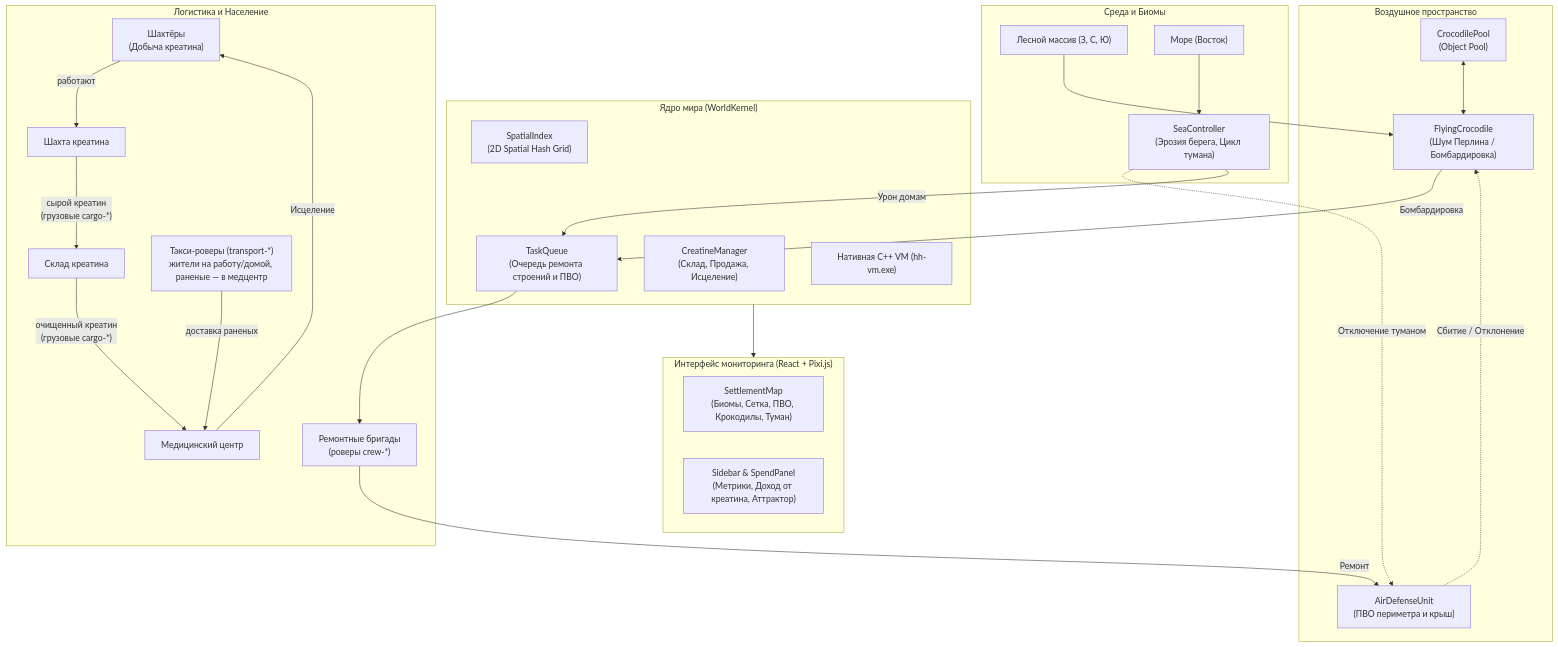
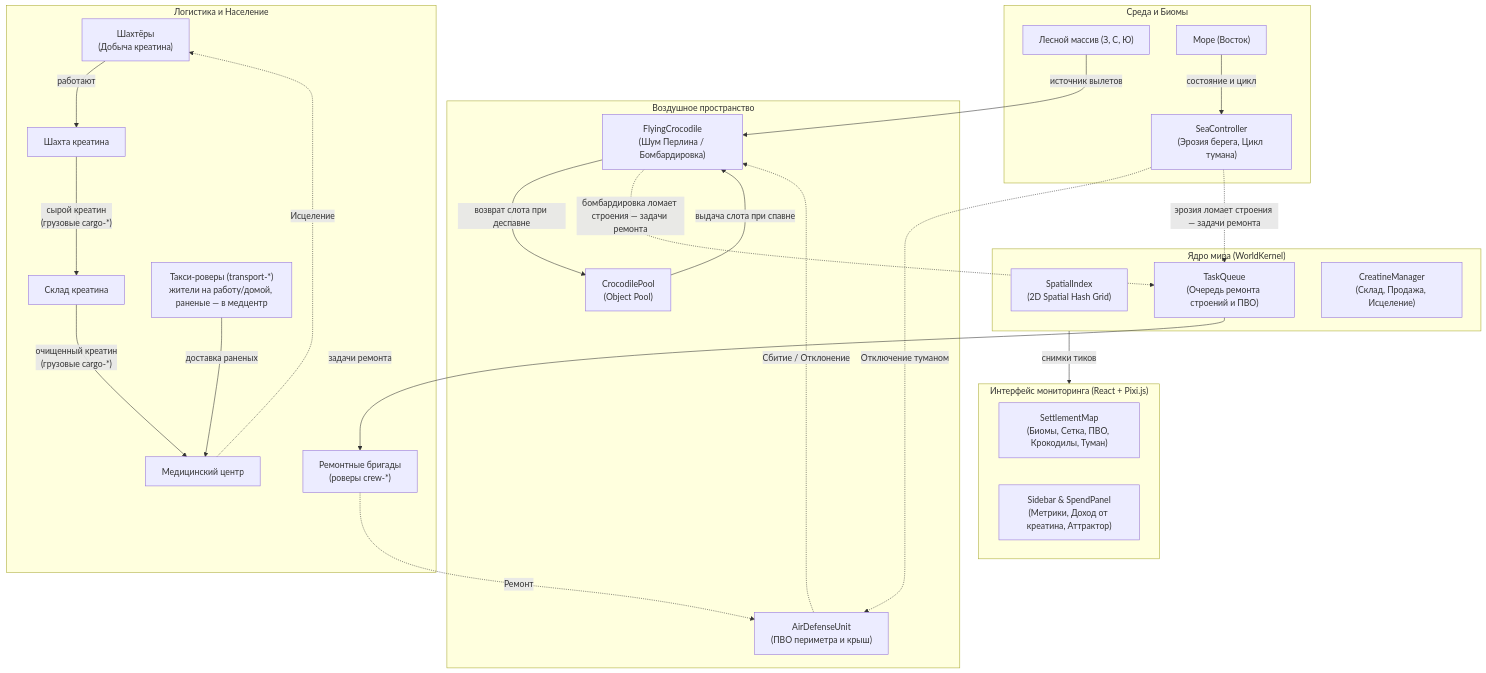
Before and after one commit to FeToR1/hadleys-hope-simulator: the third of 3 diagrams in docs/architecture.md, drawn with Mermaid.

Commit message:
docs(architecture): 2.2 — подписанные типы связей, пунктир для воздействий, без висячих узлов

````diff
--- a/docs/architecture.md
+++ b/docs/architecture.md
@@ -91,51 +91,51 @@
 ```mermaid
 flowchart TD
     subgraph Environment ["Среда и Биомы"]
         Forest["Лесной массив (З, С, Ю)"]
         Sea["Море (Восток)"]
         SeaCtrl["SeaController\n(Эрозия берега, Цикл тумана)"]
-        Sea --> SeaCtrl
+        Sea -->|"состояние и цикл"| SeaCtrl
     end
 
     subgraph DefenseAndThreatsSub ["Воздушное пространство"]
         CrocPool["CrocodilePool\n(Object Pool)"]
         Crocs["FlyingCrocodile\n(Шум Перлина / Бомбардировка)"]
         ADS["AirDefenseUnit\n(ПВО периметра и крыш)"]
-        Forest --> Crocs
-        CrocPool <--> Crocs
+        Forest -->|"источник вылетов"| Crocs
+        CrocPool -->|"выдача слота при спавне"| Crocs
+        Crocs -->|"возврат слота при деспавне"| CrocPool
         ADS -.->|"Сбитие / Отклонение"| Crocs
         SeaCtrl -.->|"Отключение туманом"| ADS
     end
 
     subgraph SimulationCore ["Ядро мира (WorldKernel)"]
         Spatial["SpatialIndex\n(2D Spatial Hash Grid)"]
         Tasks["TaskQueue\n(Очередь ремонта строений и ПВО)"]
         Creatine["CreatineManager\n(Склад, Продажа, Исцеление)"]
-        CVM["Нативная C++ VM (hh-vm.exe)"]
     end
 
     subgraph Logistics ["Логистика и Население"]
         Miners["Шахтёры\n(Добыча креатина)"]
         Mine["Шахта креатина"]
         Depot["Склад креатина"]
         MedCenter["Медицинский центр"]
         Crews["Ремонтные бригады\n(роверы crew-*)"]
         Taxi["Такси-роверы (transport-*)\nжители на работу/домой, раненые — в медцентр"]
         Miners -->|"работают"| Mine
         Mine -->|"сырой креатин<br/>(грузовые cargo-*)"| Depot
         Depot -->|"очищенный креатин<br/>(грузовые cargo-*)"| MedCenter
-        MedCenter -->|"Исцеление"| Miners
+        MedCenter -.->|"Исцеление"| Miners
         Taxi -->|"доставка раненых"| MedCenter
-        Tasks --> Crews -->|"Ремонт"| ADS
+        Tasks -->|"задачи ремонта"| Crews
+        Crews -.->|"Ремонт"| ADS
     end
 
     subgraph UI ["Интерфейс мониторинга (React + Pixi.js)"]
         Map["SettlementMap\n(Биомы, Сетка, ПВО, Крокодилы, Туман)"]
         Sidebar["Sidebar & SpendPanel\n(Метрики, Доход от креатина, Аттрактор)"]
     end
 
-    Spatial --- SimulationCore
-    SeaCtrl -->|"Урон домам"| Tasks
-    Crocs -->|"Бомбардировка"| Tasks
-    SimulationCore --> UI
+    SeaCtrl -.->|"эрозия ломает строения — задачи ремонта"| Tasks
+    Crocs -.->|"бомбардировка ломает строения — задачи ремонта"| Tasks
+    SimulationCore -->|"снимки тиков"| UI
 ```
````
